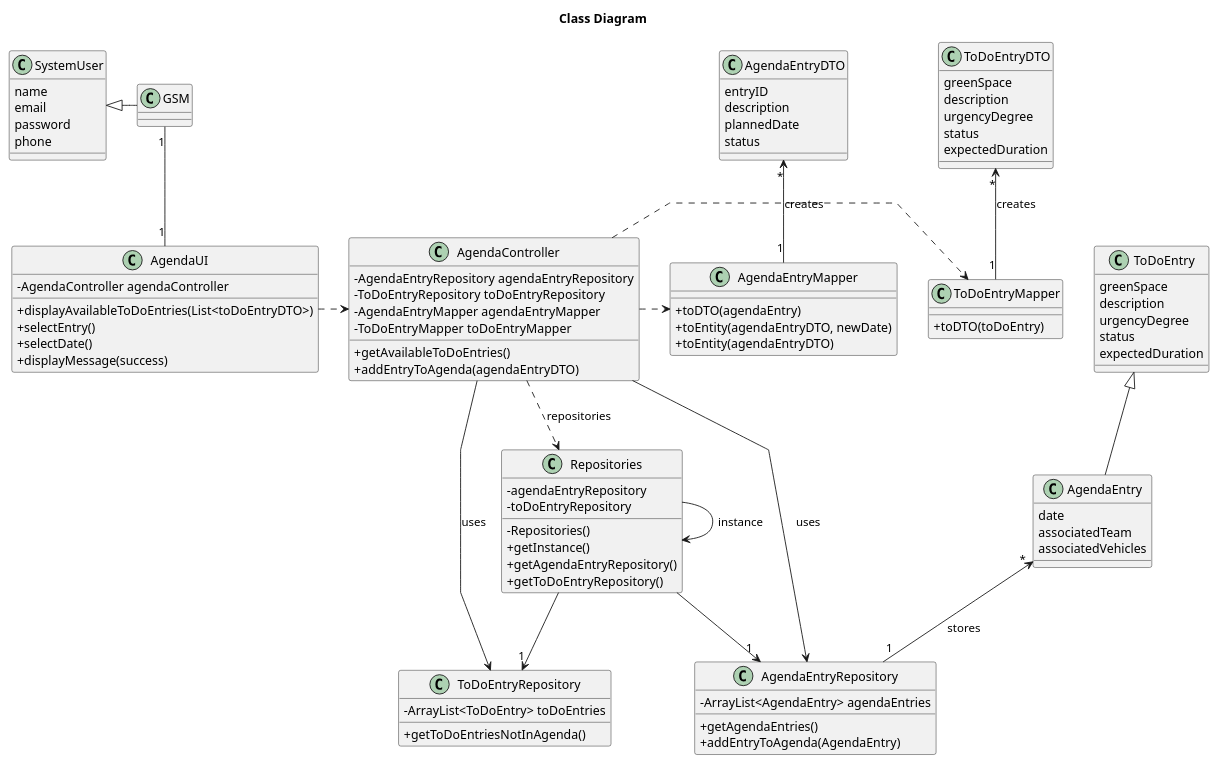
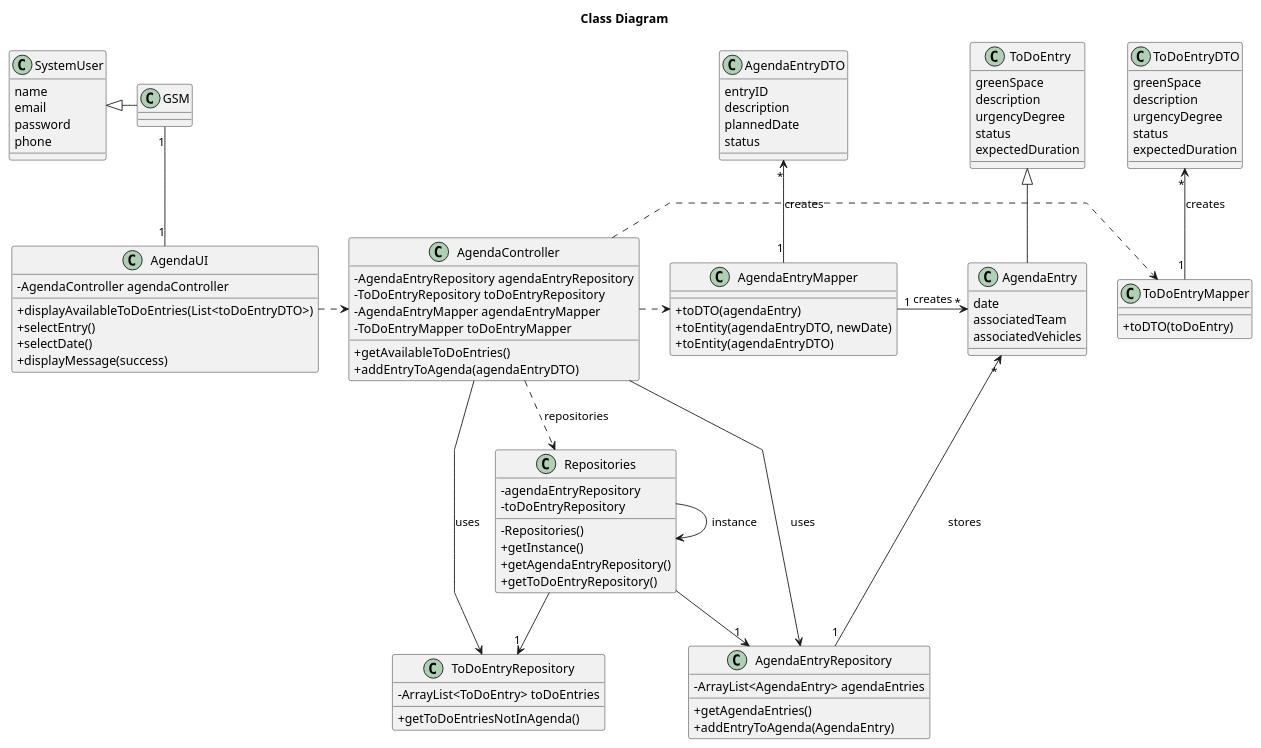
The diagram in docs/sprintC/us022/03.design/puml/us022-class-diagram.puml (Departamento-de-Engenharia-Informatica/lei-24-s2-1do-g164), drawn with PlantUML before and after one commit. The commit also changed 6 other files, not shown here.

```diff
--- a/docs/sprintC/us022/03.design/puml/us022-class-diagram.puml
+++ b/docs/sprintC/us022/03.design/puml/us022-class-diagram.puml
@@ -1,111 +1,112 @@
 @startuml
 skinparam classAttributeIconSize 0
 skinparam packageStyle rectangle
 skinparam shadowing false
 skinparam linetype polyline
 
 title Class Diagram
 
 class ToDoEntry{
     greenSpace
     description
     urgencyDegree
     status
     expectedDuration
 }
 
 class AgendaEntry {
     date
     associatedTeam
     associatedVehicles
 }
 
 class AgendaEntryDTO {
     entryID
     description
     plannedDate
     status
 }
 
 class SystemUser {
     name
     email
     password
     phone
 }
 
 class ToDoEntryDTO {
     greenSpace
     description
     urgencyDegree
     status
     expectedDuration
 }
 
 class ToDoEntryRepository {
     - ArrayList<ToDoEntry> toDoEntries
     + getToDoEntriesNotInAgenda()
 }
 
 class AgendaEntryRepository {
     - ArrayList<AgendaEntry> agendaEntries
     + getAgendaEntries()
     + addEntryToAgenda(AgendaEntry)
 }
 
 class Repositories {
     - agendaEntryRepository
     - toDoEntryRepository
 
     - Repositories()
     + getInstance()
     + getAgendaEntryRepository()
     + getToDoEntryRepository()
 }
 
 class AgendaEntryMapper {
     + toDTO(agendaEntry)
     + toEntity(agendaEntryDTO, newDate)
     + toEntity(agendaEntryDTO)
 }
 
 class ToDoEntryMapper {
     + toDTO(toDoEntry)
 }
 
 class AgendaController {
     - AgendaEntryRepository agendaEntryRepository
     - ToDoEntryRepository toDoEntryRepository
     - AgendaEntryMapper agendaEntryMapper
     - ToDoEntryMapper toDoEntryMapper
     + getAvailableToDoEntries()
     + addEntryToAgenda(agendaEntryDTO)
 }
 
 class AgendaUI {
     - AgendaController agendaController
     + displayAvailableToDoEntries(List<toDoEntryDTO>)
     + selectEntry()
     + selectDate()
     + displayMessage(success)
 }
 
 AgendaUI .> AgendaController
 AgendaController ..> Repositories : repositories
 Repositories --> "1" AgendaEntryRepository
 Repositories --> "1" ToDoEntryRepository
 Repositories -> Repositories : instance
 AgendaController .> AgendaEntryMapper
 AgendaController .> ToDoEntryMapper
 AgendaController --> AgendaEntryRepository : uses
 AgendaController --> ToDoEntryRepository : uses
 
 SystemUser <|- GSM
 ToDoEntry <|-- AgendaEntry
 
 GSM "1" -- "1" AgendaUI
+AgendaEntryMapper "1"-> "*" AgendaEntry : creates
 AgendaEntry "*" <-- "1" AgendaEntryRepository : stores
 AgendaEntryDTO "*" <-- "1" AgendaEntryMapper : creates
 ToDoEntryDTO "*" <-- "1" ToDoEntryMapper : creates
 
 @enduml
```
